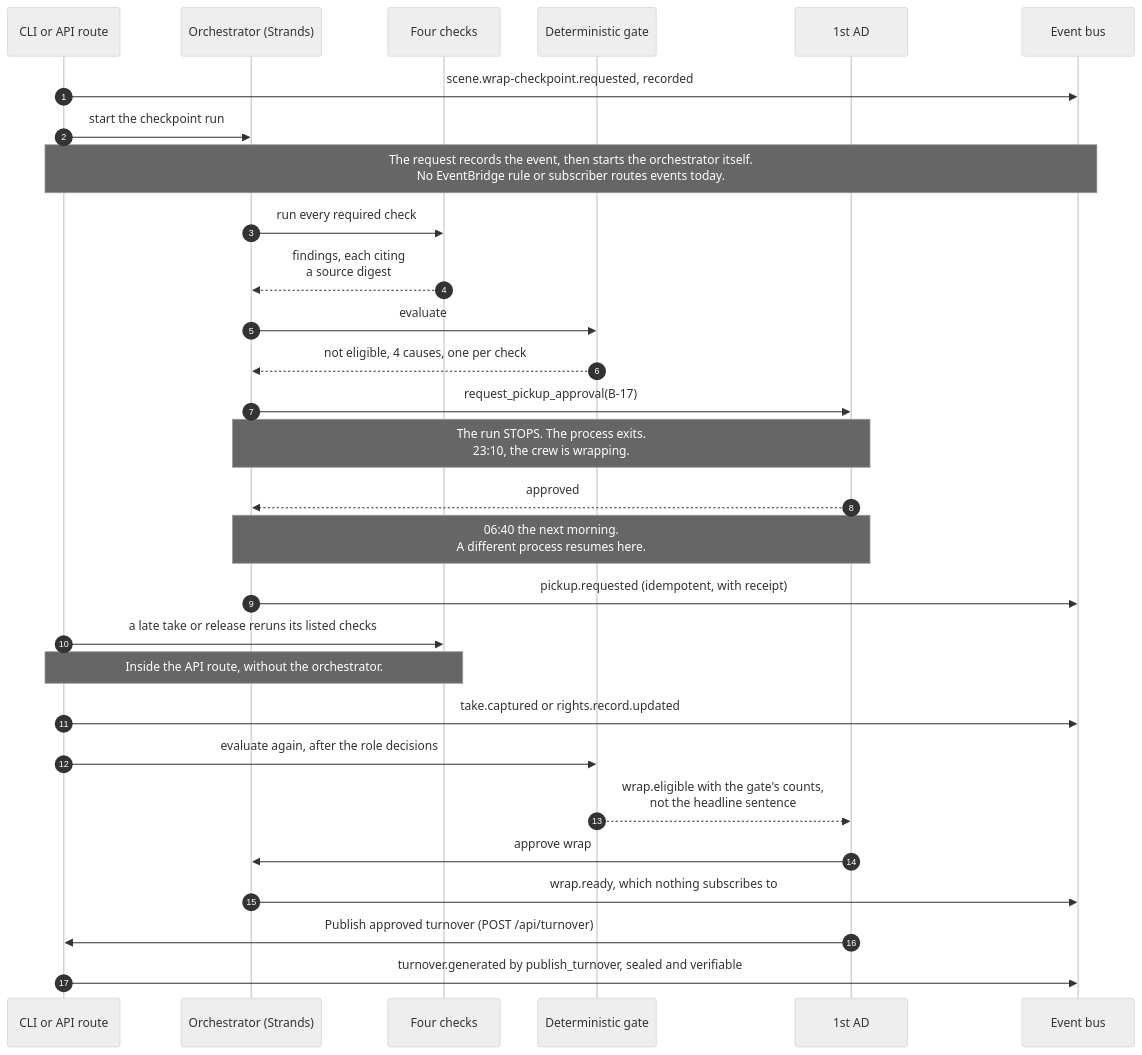
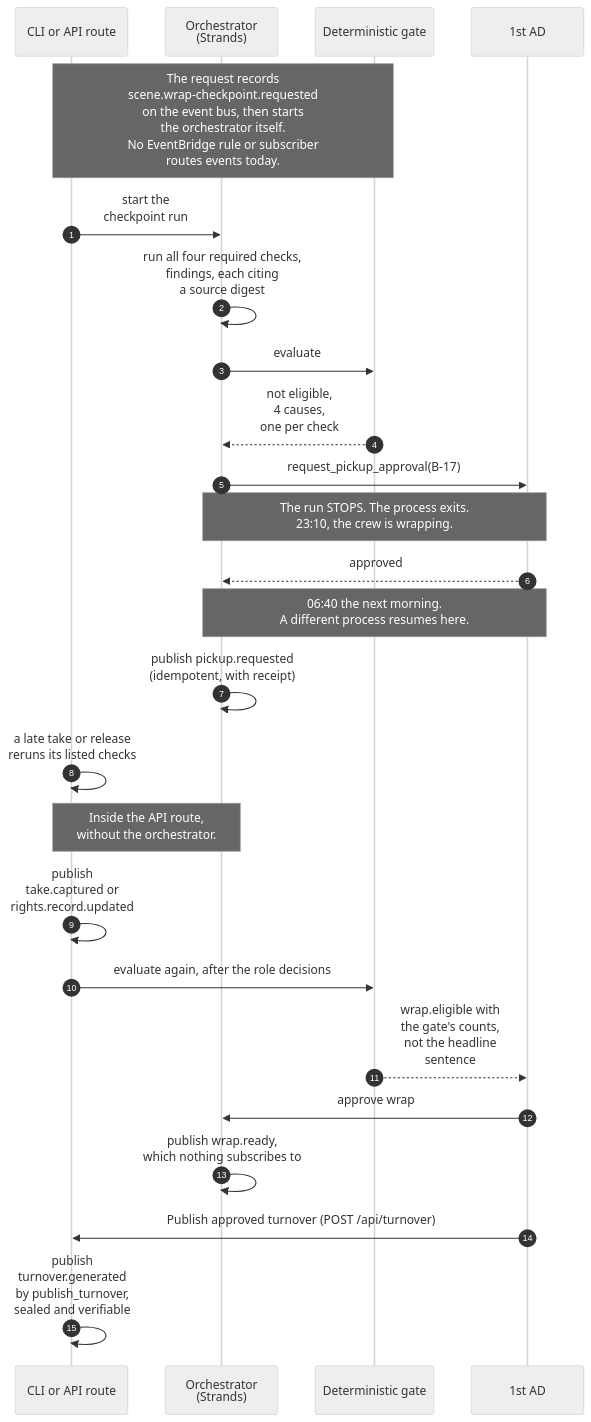
The first of 2 diagrams in README.md (upgradedev/lasttake-aws), drawn with Mermaid (neutral theme) before and after one commit. The commit also changed other lines of this file and 6 other files, not shown here.

````diff
--- a/README.md
+++ b/README.md
@@ -48,32 +66,28 @@
 ```mermaid
 sequenceDiagram
     autonumber
     participant RQ as CLI or API route
-    participant OR as Orchestrator (Strands)
-    participant CK as Four checks
+    participant OR as Orchestrator<br/>(Strands)
     participant GA as Deterministic gate
     participant AD as 1st AD
-    participant EV as Event bus
 
-    RQ->>EV: scene.wrap-checkpoint.requested, recorded
-    RQ->>OR: start the checkpoint run
-    Note over RQ,EV: The request records the event, then starts the orchestrator itself.<br/>No EventBridge rule or subscriber routes events today.
-    OR->>CK: run every required check
-    CK-->>OR: findings, each citing<br/>a source digest
+    Note over RQ,GA: The request records<br/>scene.wrap-checkpoint.requested<br/>on the event bus, then starts<br/>the orchestrator itself.<br/>No EventBridge rule or subscriber<br/>routes events today.
+    RQ->>OR: start the<br/>checkpoint run
+    OR->>OR: run all four required checks,<br/>findings, each citing<br/>a source digest
     OR->>GA: evaluate
-    GA-->>OR: not eligible, 4 causes, one per check
+    GA-->>OR: not eligible,<br/>4 causes,<br/>one per check
     OR->>AD: request_pickup_approval(B-17)
     Note over OR,AD: The run STOPS. The process exits.<br/>23:10, the crew is wrapping.
     AD-->>OR: approved
     Note over OR,AD: 06:40 the next morning.<br/>A different process resumes here.
-    OR->>EV: pickup.requested (idempotent, with receipt)
-    RQ->>CK: a late take or release reruns its listed checks
-    Note over RQ,CK: Inside the API route, without the orchestrator.
-    RQ->>EV: take.captured or rights.record.updated
+    OR->>OR: publish pickup.requested<br/>(idempotent, with receipt)
+    RQ->>RQ: a late take or release<br/>reruns its listed checks
+    Note over RQ,OR: Inside the API route,<br/>without the orchestrator.
+    RQ->>RQ: publish<br/>take.captured or<br/>rights.record.updated
     RQ->>GA: evaluate again, after the role decisions
-    GA-->>AD: wrap.eligible with the gate's counts,<br/>not the headline sentence
+    GA-->>AD: wrap.eligible with<br/>the gate's counts,<br/>not the headline<br/>sentence
     AD->>OR: approve wrap
-    OR->>EV: wrap.ready, which nothing subscribes to
+    OR->>OR: publish wrap.ready,<br/>which nothing subscribes to
     AD->>RQ: Publish approved turnover (POST /api/turnover)
-    RQ->>EV: turnover.generated by publish_turnover, sealed and verifiable
+    RQ->>RQ: publish<br/>turnover.generated<br/>by publish_turnover,<br/>sealed and verifiable
 ```
````
